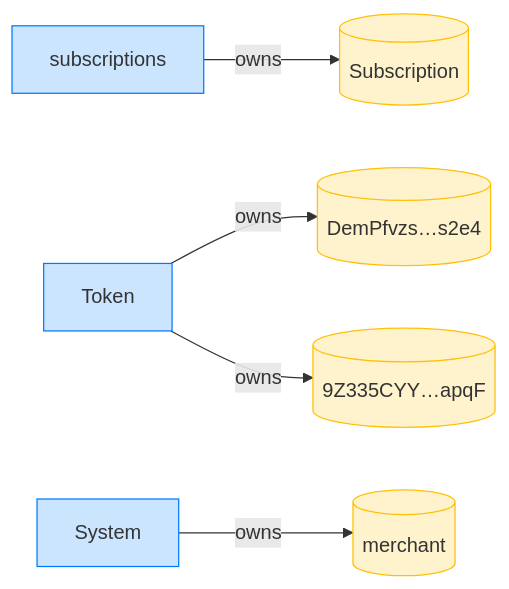
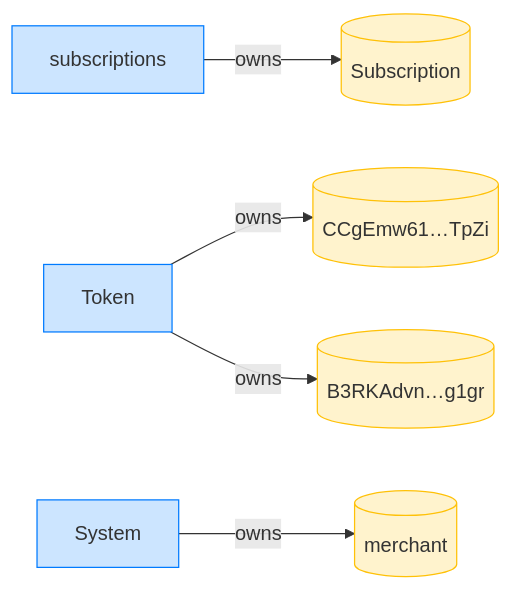
Diagram 16 of 16 in dsl_tests/transfer-subscription--multiple-pulls-within-a-period.md (cds-rs/subscriptions), drawn with Mermaid before and after one commit. The commit also changed other lines of this file and 224 other files, not shown here.

````diff
--- a/dsl_tests/transfer-subscription--multiple-pulls-within-a-period.md
+++ b/dsl_tests/transfer-subscription--multiple-pulls-within-a-period.md
@@ -310,16 +332,16 @@
 ```mermaid
 flowchart LR
     classDef owner fill:#cce5ff,stroke:#007bff;
     classDef account fill:#fff3cd,stroke:#ffc107;
     subscriptions[subscriptions]:::owner
     Subscription[(Subscription)]:::account
     Token[Token]:::owner
-    DemPfvzs_s2e4[("DemPfvzs…s2e4")]:::account
-    9Z335CYY_apqF[("9Z335CYY…apqF")]:::account
+    CCgEmw61_TpZi[("CCgEmw61…TpZi")]:::account
+    B3RKAdvn_g1gr[("B3RKAdvn…g1gr")]:::account
     System[System]:::owner
     merchant[(merchant)]:::account
     subscriptions -->|owns| Subscription
-    Token -->|owns| DemPfvzs_s2e4
-    Token -->|owns| 9Z335CYY_apqF
+    Token -->|owns| CCgEmw61_TpZi
+    Token -->|owns| B3RKAdvn_g1gr
     System -->|owns| merchant
 ```
````
